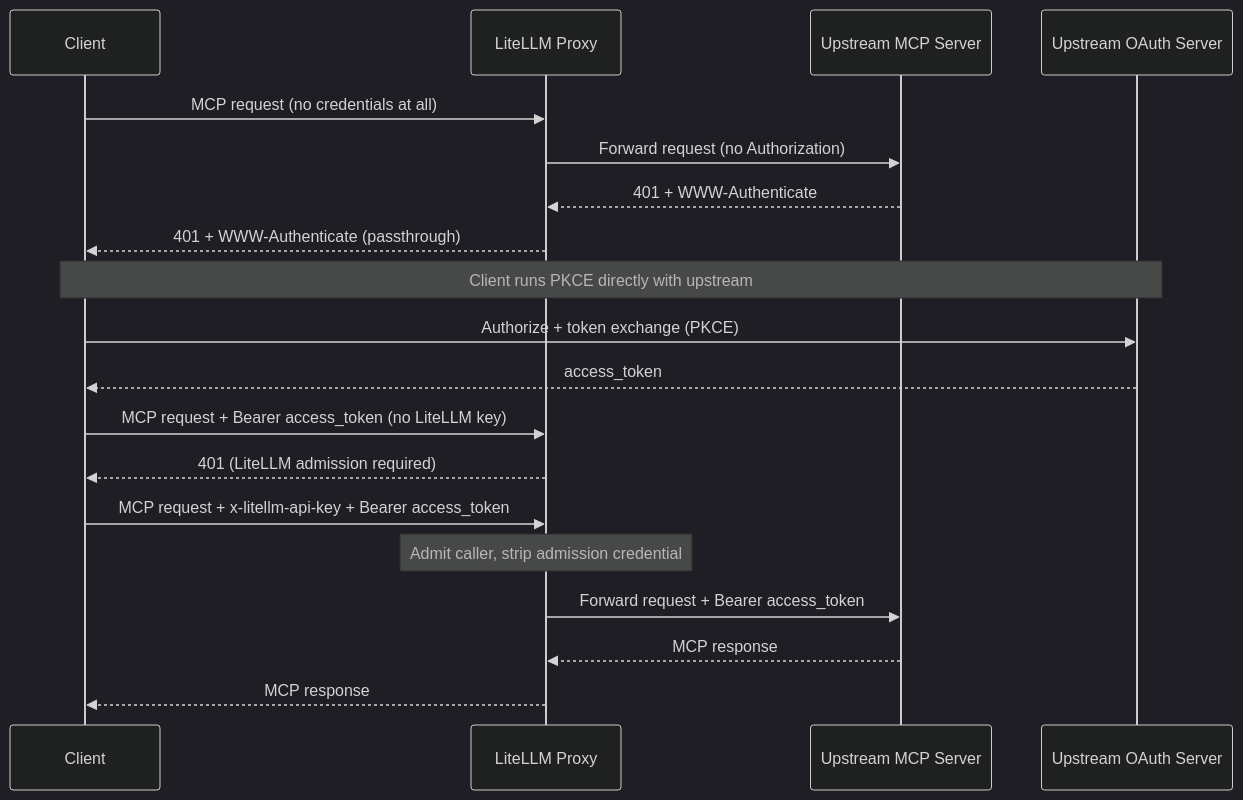
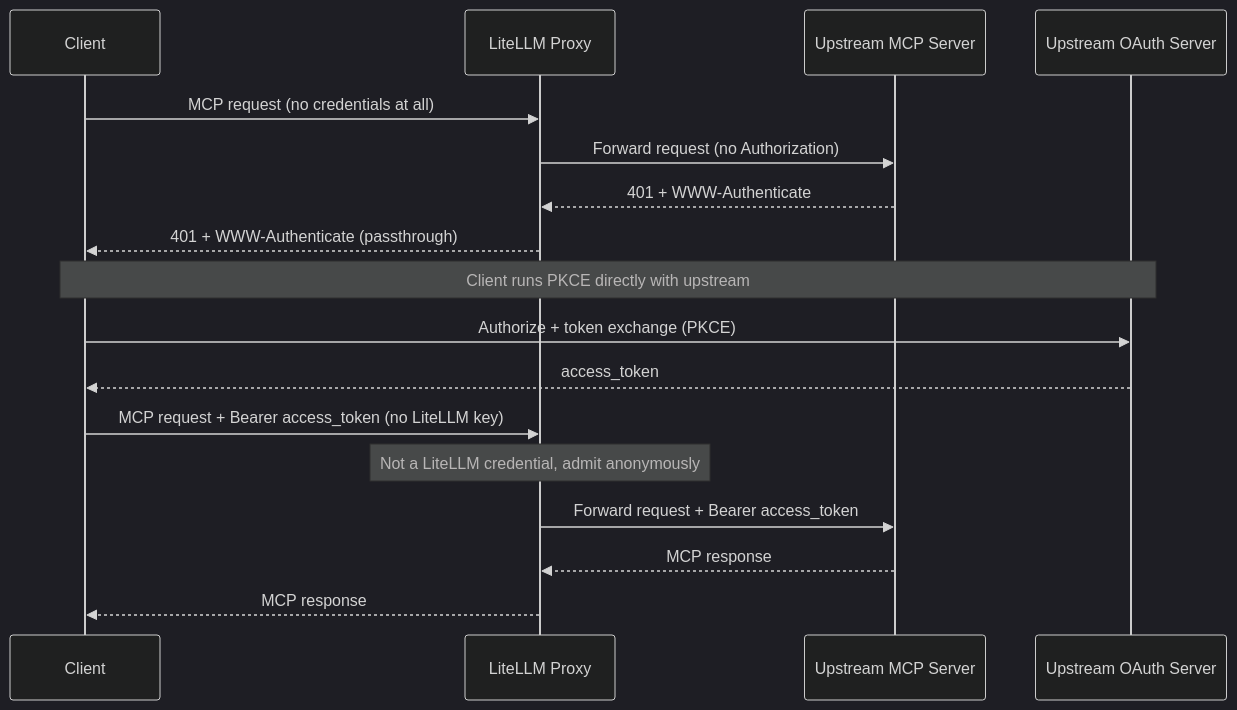
One commit to BerriAI/litellm-docs changed the fourth of 4 diagrams in docs/mcp_oauth_passthrough.md. Above: the diagram before and after it, drawn with Mermaid (dark theme). The commit also changed other lines of this file and 1 other file, not shown here.

First line of the commit message:
docs(mcp): describe restored upstream-token access for delegate_auth_to_upstream

````diff
--- a/docs/mcp_oauth_passthrough.md
+++ b/docs/mcp_oauth_passthrough.md
@@ -406,25 +410,22 @@
 ```mermaid
 sequenceDiagram
     participant Client
     participant LiteLLM as LiteLLM Proxy
     participant MCP as Upstream MCP Server
     participant Auth as Upstream OAuth Server
 
     Client->>LiteLLM: MCP request (no credentials at all)
     LiteLLM->>MCP: Forward request (no Authorization)
     MCP-->>LiteLLM: 401 + WWW-Authenticate
     LiteLLM-->>Client: 401 + WWW-Authenticate (passthrough)
 
     Note over Client,Auth: Client runs PKCE directly with upstream
     Client->>Auth: Authorize + token exchange (PKCE)
     Auth-->>Client: access_token
 
     Client->>LiteLLM: MCP request + Bearer access_token (no LiteLLM key)
-    LiteLLM-->>Client: 401 (LiteLLM admission required)
-
-    Client->>LiteLLM: MCP request + x-litellm-api-key + Bearer access_token
-    Note over LiteLLM: Admit caller, strip admission credential
+    Note over LiteLLM: Not a LiteLLM credential, admit anonymously
     LiteLLM->>MCP: Forward request + Bearer access_token
     MCP-->>LiteLLM: MCP response
     LiteLLM-->>Client: MCP response
 ```
````
